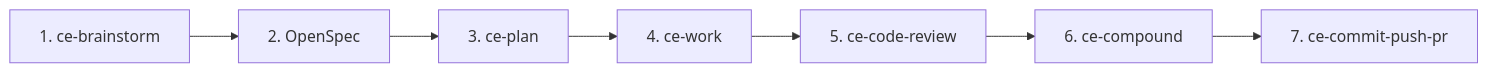
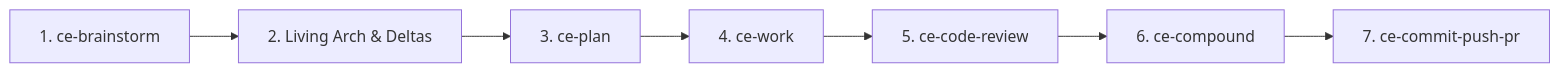
Before and after one commit to mastepanoski/ce-ai: the second of 9 diagrams in docs/user-guide/quick-start-workflow-guide.md, drawn with Mermaid. The commit also changed other lines of this file and 14 other files, not shown here.

````diff
--- a/docs/user-guide/quick-start-workflow-guide.md
+++ b/docs/user-guide/quick-start-workflow-guide.md
@@ -34,9 +34,9 @@
 ```mermaid
 flowchart LR
-    S1[1. ce-brainstorm] --> S2[2. OpenSpec]
+    S1[1. ce-brainstorm] --> S2[2. Living Arch & Deltas]
     S2 --> S3[3. ce-plan]
     S3 --> S4[4. ce-work]
     S4 --> S5[5. ce-code-review]
     S5 --> S6[6. ce-compound]
     S6 --> S7[7. ce-commit-push-pr]
 ```
````
